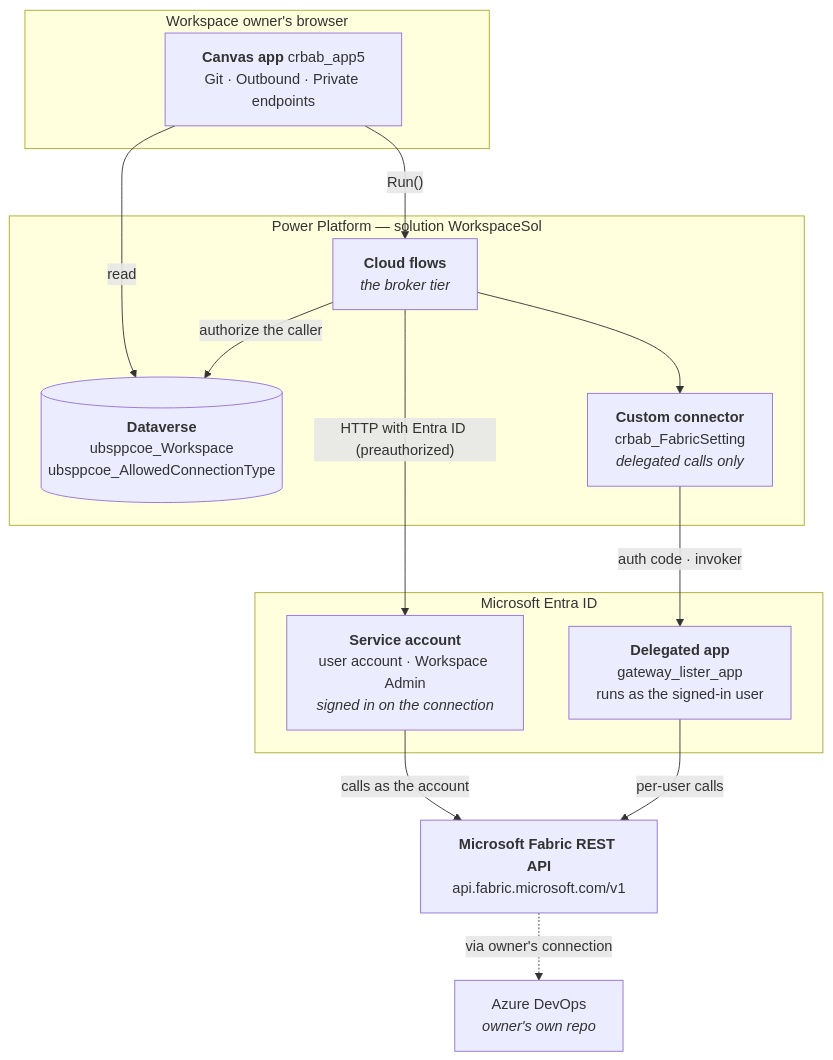
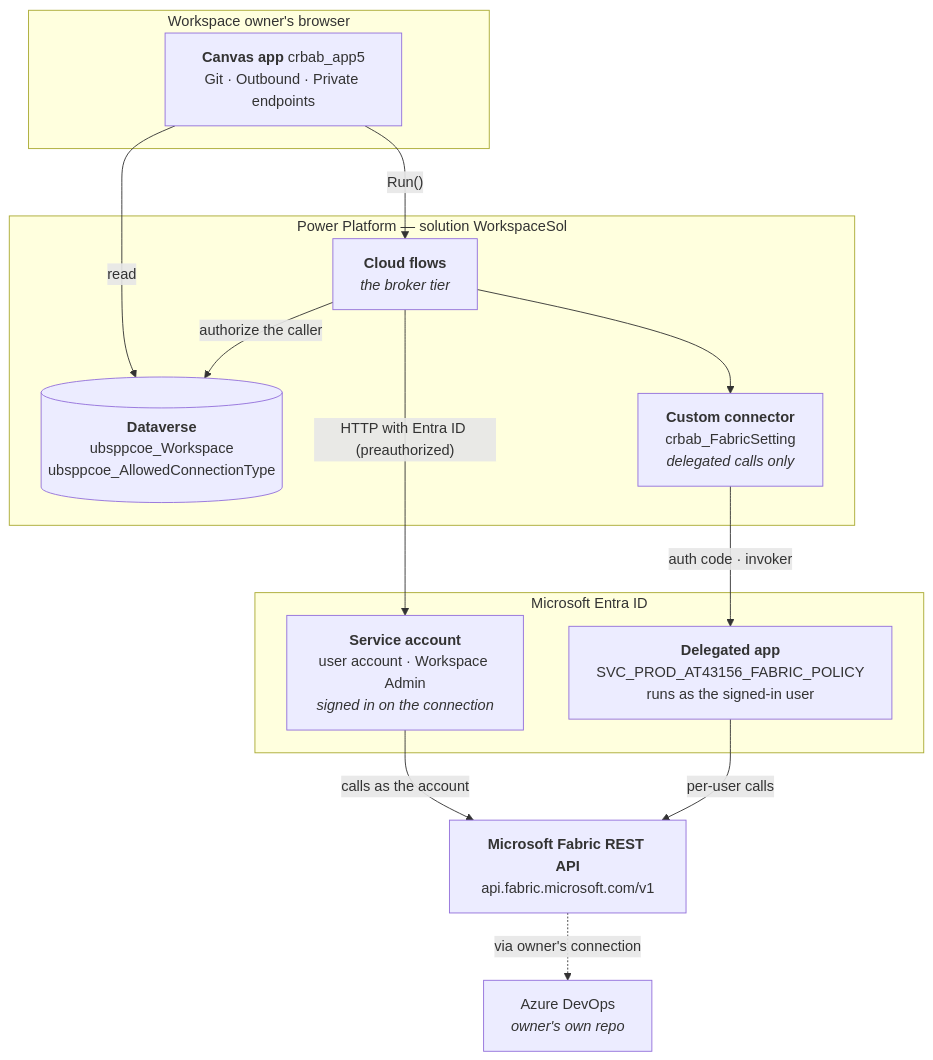
One commit to velniaszs/Fabric_Workspace_Settings changed the first of 5 diagrams in workspace-settings/ARCHITECTURE.md. Above: the diagram before and after it, drawn with Mermaid. The commit also changed other lines of this file and 9 other files, not shown here.

````diff
--- a/workspace-settings/ARCHITECTURE.md
+++ b/workspace-settings/ARCHITECTURE.md
@@ -62,30 +60,30 @@
 ```mermaid
 flowchart TB
     subgraph client["Workspace owner's browser"]
         APP["<b>Canvas app</b> crbab_app5<br/>Git · Outbound · Private endpoints"]
     end
 
     subgraph pp["Power Platform — solution WorkspaceSol"]
         DV[("<b>Dataverse</b><br/>ubsppcoe_Workspace<br/>ubsppcoe_AllowedConnectionType")]
         FLOWS["<b>Cloud flows</b><br/><i>the broker tier</i>"]
         CONN["<b>Custom connector</b><br/>crbab_FabricSetting<br/><i>delegated calls only</i>"]
     end
 
     subgraph entra["Microsoft Entra ID"]
         ACCT["<b>Service account</b><br/>user account · Workspace Admin<br/><i>signed in on the connection</i>"]
-        DELEG["<b>Delegated app</b><br/>gateway_lister_app<br/>runs as the signed-in user"]
+        DELEG["<b>Delegated app</b><br/>SVC_PROD_AT43156_FABRIC_POLICY<br/>runs as the signed-in user"]
     end
 
     FABRIC["<b>Microsoft Fabric REST API</b><br/>api.fabric.microsoft.com/v1"]
     ADO["Azure DevOps<br/><i>owner's own repo</i>"]
 
     APP -->|"Run()"| FLOWS
     APP -->|read| DV
     FLOWS -->|"authorize the caller"| DV
     FLOWS -->|"HTTP with Entra ID (preauthorized)"| ACCT
     FLOWS --> CONN
     CONN -->|"auth code · invoker"| DELEG
     ACCT -->|"calls as the account"| FABRIC
     DELEG -->|"per-user calls"| FABRIC
     FABRIC -.->|"via owner's connection"| ADO
 ```
````
